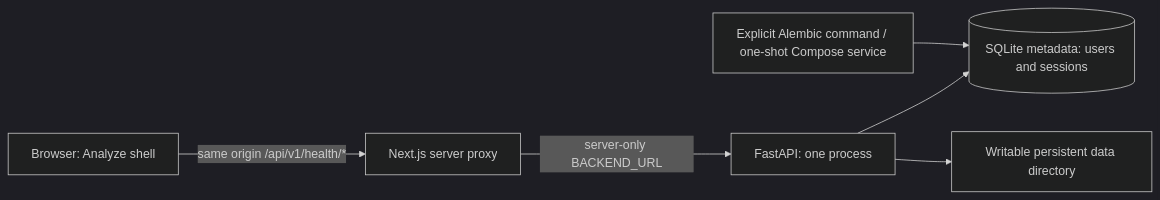
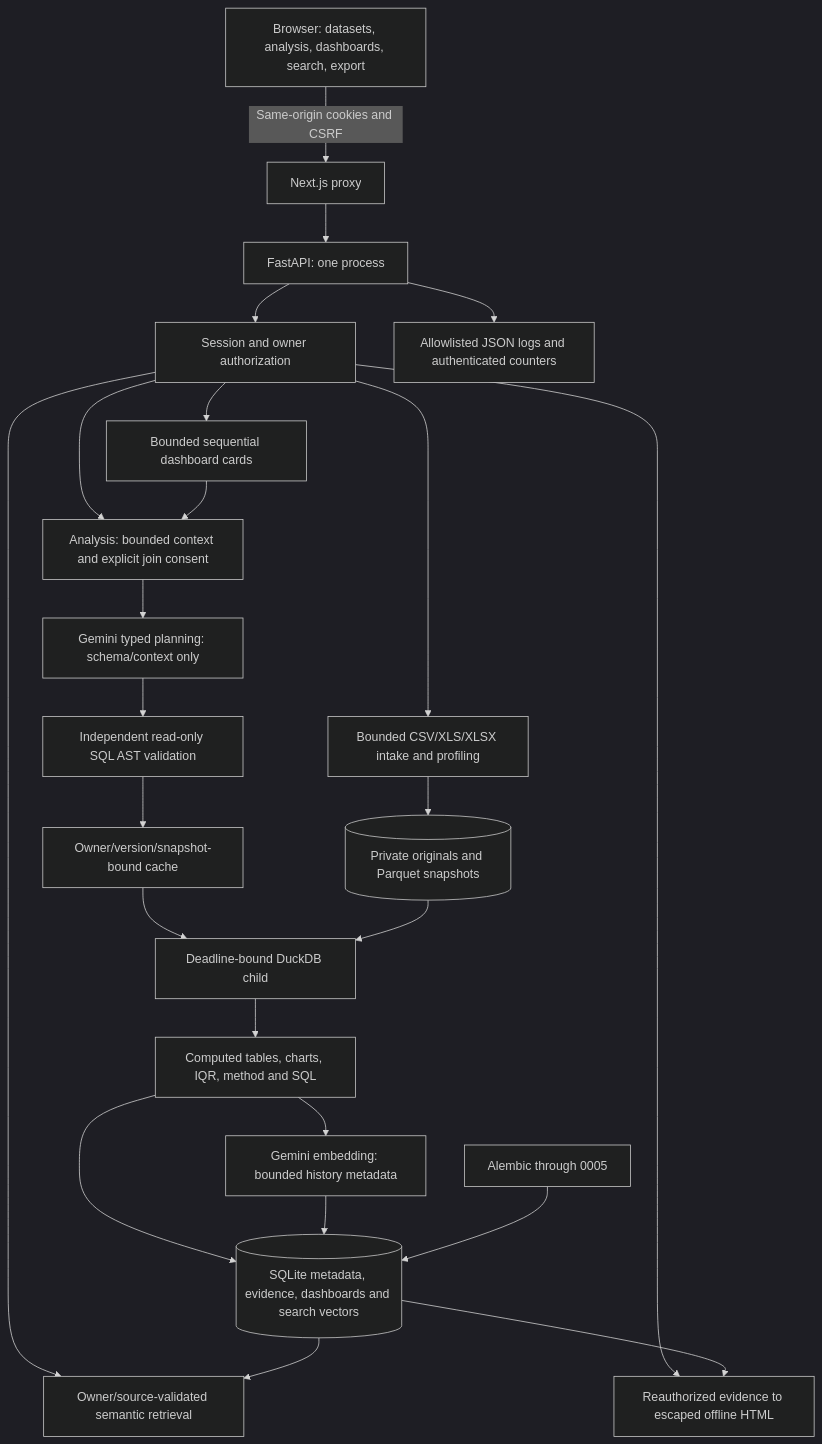
One commit to HChandramania/AI-Data-Analyst changed the diagram in docs/architecture/README.md. Above: the diagram before and after it, drawn with Mermaid (dark theme). The commit also changed other lines of this file and 84 other files, not shown here.

````diff
--- a/docs/architecture/README.md
+++ b/docs/architecture/README.md
@@ -3,8 +3,26 @@
 ```mermaid
-flowchart LR
-  Browser[Browser: Analyze shell] -->|same origin /api/v1/health/*| Next[Next.js server proxy]
-  Next -->|server-only BACKEND_URL| API[FastAPI: one process]
-  API --> SQLite[(SQLite metadata: users and sessions)]
-  API --> Directory[Writable persistent data directory]
-  Migration[Explicit Alembic command / one-shot Compose service] --> SQLite
+flowchart TD
+  Browser[Browser: datasets, analysis, dashboards, search, export] -->|Same-origin cookies and CSRF| Next[Next.js proxy]
+  Next --> API[FastAPI: one process]
+  API --> Auth[Session and owner authorization]
+  Auth --> Intake[Bounded CSV/XLS/XLSX intake and profiling]
+  Intake --> Files[(Private originals and Parquet snapshots)]
+  Auth --> Analysis[Analysis: bounded context and explicit join consent]
+  Analysis --> Gemini[Gemini typed planning: schema/context only]
+  Gemini --> Policy[Independent read-only SQL AST validation]
+  Policy --> Cache[Owner/version/snapshot-bound cache]
+  Cache --> Worker[Deadline-bound DuckDB child]
+  Files --> Worker
+  Worker --> Evidence[Computed tables, charts, IQR, method and SQL]
+  Evidence --> DB[(SQLite metadata, evidence, dashboards and search vectors)]
+  Evidence --> Embedding[Gemini embedding: bounded history metadata]
+  Embedding --> DB
+  Auth --> Search[Owner/source-validated semantic retrieval]
+  DB --> Search
+  Auth --> Dashboard[Bounded sequential dashboard cards]
+  Dashboard --> Analysis
+  Auth --> Export[Reauthorized evidence to escaped offline HTML]
+  DB --> Export
+  Migration[Alembic through 0005] --> DB
+  API --> Logs[Allowlisted JSON logs and authenticated counters]
 ```
````
